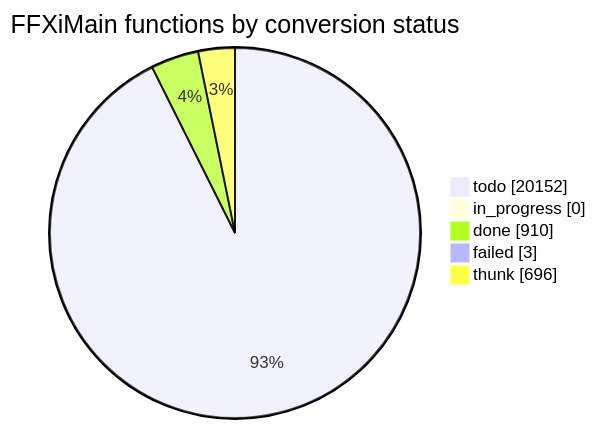
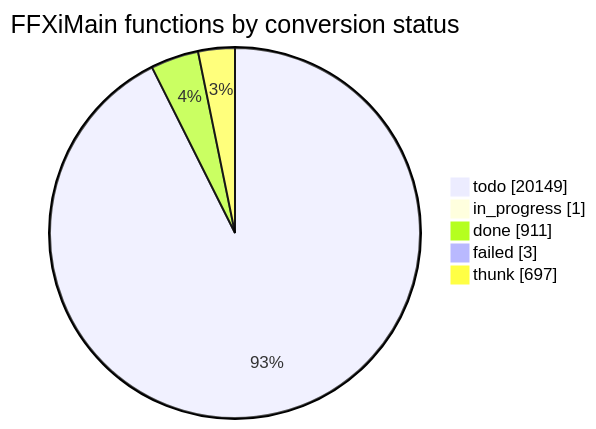
Before and after one commit to cowrevenge/cow_kuluu_xi_anything: the diagram in docs/cow/STATUS.md, drawn with Mermaid. The commit also changed other lines of this file and 9 other files, not shown here.

````diff
--- a/docs/cow/STATUS.md
+++ b/docs/cow/STATUS.md
@@ -18,9 +18,9 @@
 ```mermaid
 pie showData
     title FFXiMain functions by conversion status
-    "todo" : 20152
-    "in_progress" : 0
-    "done" : 910
+    "todo" : 20149
+    "in_progress" : 1
+    "done" : 911
     "failed" : 3
-    "thunk" : 696
+    "thunk" : 697
 ```
````
